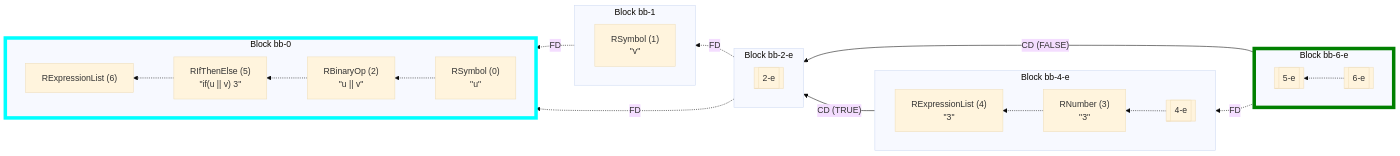
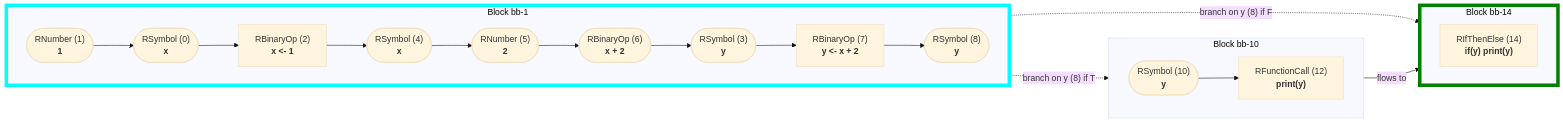
The fourth of 22 diagrams in wiki/Control Flow Graph.md (flowr-analysis/flowr), drawn with Mermaid (base theme) before and after one commit. The commit also changed other lines of this file and 141 other files, not shown here.

````diff
--- a/wiki/Control Flow Graph.md
+++ b/wiki/Control Flow Graph.md
@@ -232,48 +200,49 @@
 ```mermaid
-flowchart RL
-    subgraph nbb-0 [Block bb-0]
-        direction RL
-    n0["`RSymbol (0)
-#34;u#34;`"]
+flowchart LR
+    subgraph nbb-1 [Block bb-1]
+        direction LR
+    n1(["`RNumber (1)
+**1**`"])
+    n0(["`RSymbol (0)
+**x**`"])
+    n1 --> n0
     n2["`RBinaryOp (2)
-#34;u || v#34;`"]
-    n0 -.-> n2
-    n5["`RIfThenElse (5)
-#34;if(u || v) 3#34;`"]
-    n2 -.-> n5
-    n6["`RExpressionList (6)`"]
-    n5 -.-> n6
+**x #60;#45; 1**`"]
+    n0 --> n2
+    n4(["`RSymbol (4)
+**x**`"])
+    n2 --> n4
+    n5(["`RNumber (5)
+**2**`"])
+    n4 --> n5
+    n6(["`RBinaryOp (6)
+**x #43; 2**`"])
+    n5 --> n6
+    n3(["`RSymbol (3)
+**y**`"])
+    n6 --> n3
+    n7["`RBinaryOp (7)
+**y #60;#45; x #43; 2**`"]
+    n3 --> n7
+    n8(["`RSymbol (8)
+**y**`"])
+    n7 --> n8
     end
-    subgraph nbb-1 [Block bb-1]
-        direction RL
-    n1["`RSymbol (1)
-#34;v#34;`"]
+    subgraph nbb-10 [Block bb-10]
+        direction LR
+    n10(["`RSymbol (10)
+**y**`"])
+    n12["`RFunctionCall (12)
+**print(y)**`"]
+    n10 --> n12
     end
-    subgraph nbb-2-e [Block bb-2-e]
-        direction RL
-    n2-e[[2-e]]
+    subgraph nbb-14 [Block bb-14]
+        direction LR
+    n14["`RIfThenElse (14)
+**if(y) print(y)**`"]
     end
-    subgraph nbb-4-e [Block bb-4-e]
-        direction RL
-    n4-e[[4-e]]
-    n3["`RNumber (3)
-#34;3#34;`"]
-    n4-e -.-> n3
-    n4["`RExpressionList (4)
-#34;3#34;`"]
-    n3 -.-> n4
-    end
-    subgraph nbb-6-e [Block bb-6-e]
-        direction RL
-    n6-e[[6-e]]
-    n5-e[[5-e]]
-    n6-e -.-> n5-e
-    end
-    nbb-1 -.->|"FD"| nbb-0
-    nbb-2-e -.->|"FD"| nbb-1
-    nbb-2-e -.->|"FD"| nbb-0
-    nbb-6-e -.->|"FD"| nbb-4-e
-    nbb-6-e -->|"CD (FALSE)"| nbb-2-e
-    nbb-4-e -->|"CD (TRUE)"| nbb-2-e
-    style nbb-0 stroke:cyan,stroke-width:6.5px;    style nbb-6-e stroke:green,stroke-width:6.5px;
+    nbb-1 -.->|"branch on y (8) if T"| nbb-10
+    nbb-1 -.->|"branch on y (8) if F"| nbb-14
+    nbb-10 -->|"flows to"| nbb-14
+    style nbb-1 stroke:cyan,stroke-width:6.5px;    style nbb-14 stroke:green,stroke-width:6.5px;
 ```
````
